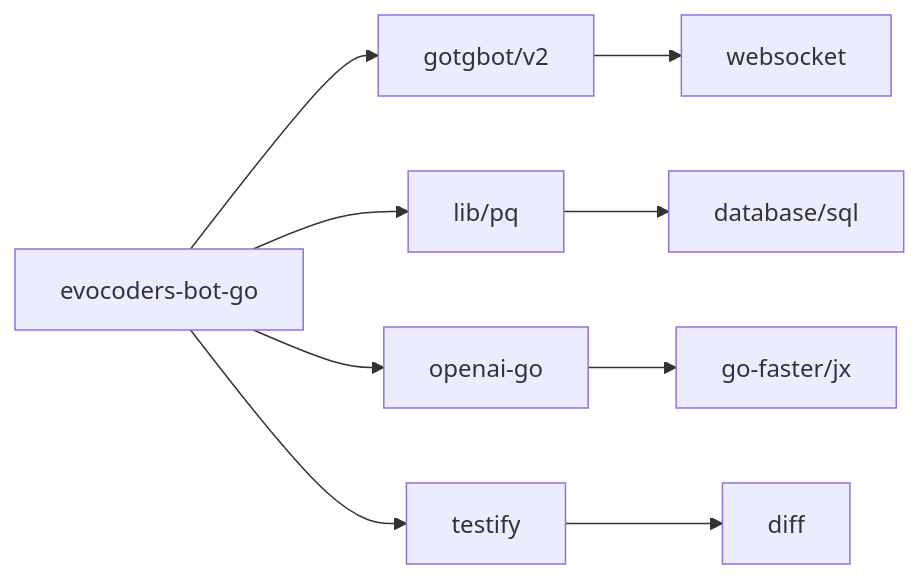
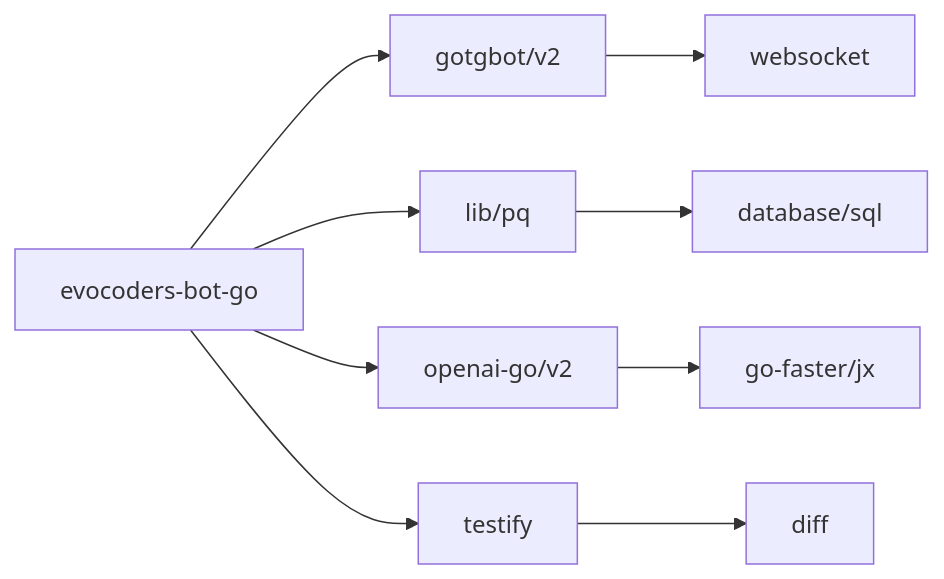
The fifth of 5 diagrams in .qoder/repowiki/en/content/Technology Stack & Dependencies.md (it-beard/evo-bot-go), drawn with Mermaid before and after one commit. The commit also changed other lines of this file and 22 other files, not shown here.

````diff
--- a/.qoder/repowiki/en/content/Technology Stack & Dependencies.md
+++ b/.qoder/repowiki/en/content/Technology Stack & Dependencies.md
@@ -202,11 +208,11 @@
 ```mermaid
 graph LR
 A[evocoders-bot-go] --> B[gotgbot/v2]
 A --> C[lib/pq]
-A --> D[openai-go]
+A --> D[openai-go/v2]
 A --> E[testify]
 B --> F[websocket]
 C --> G[database/sql]
 D --> H[go-faster/jx]
 E --> I[diff]
 ```
````
